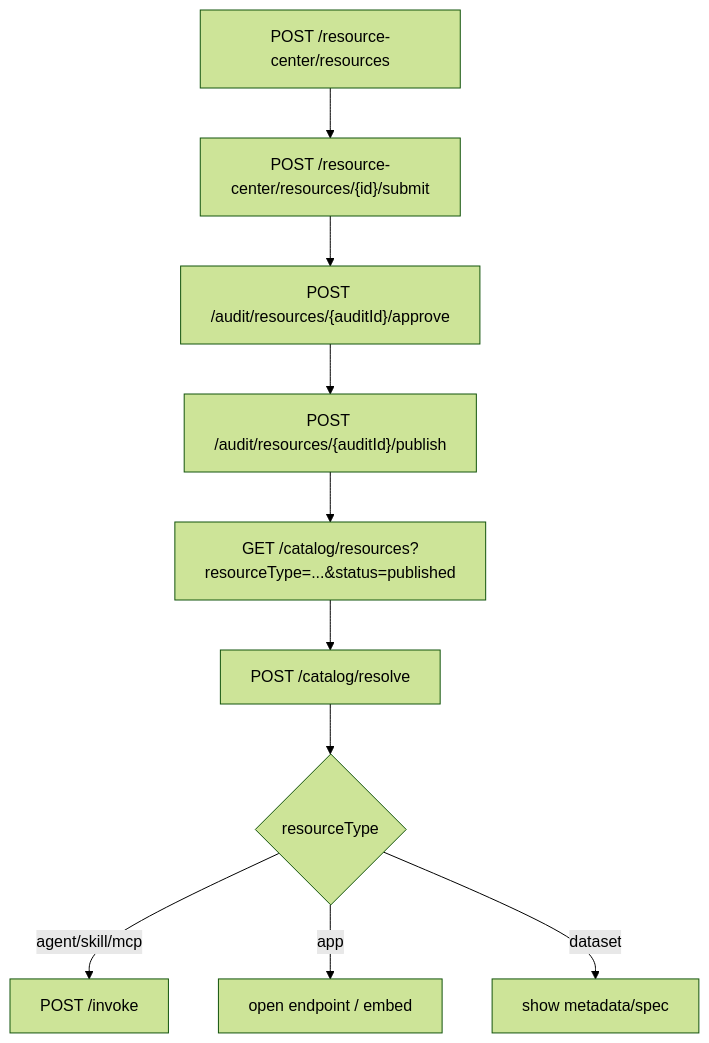
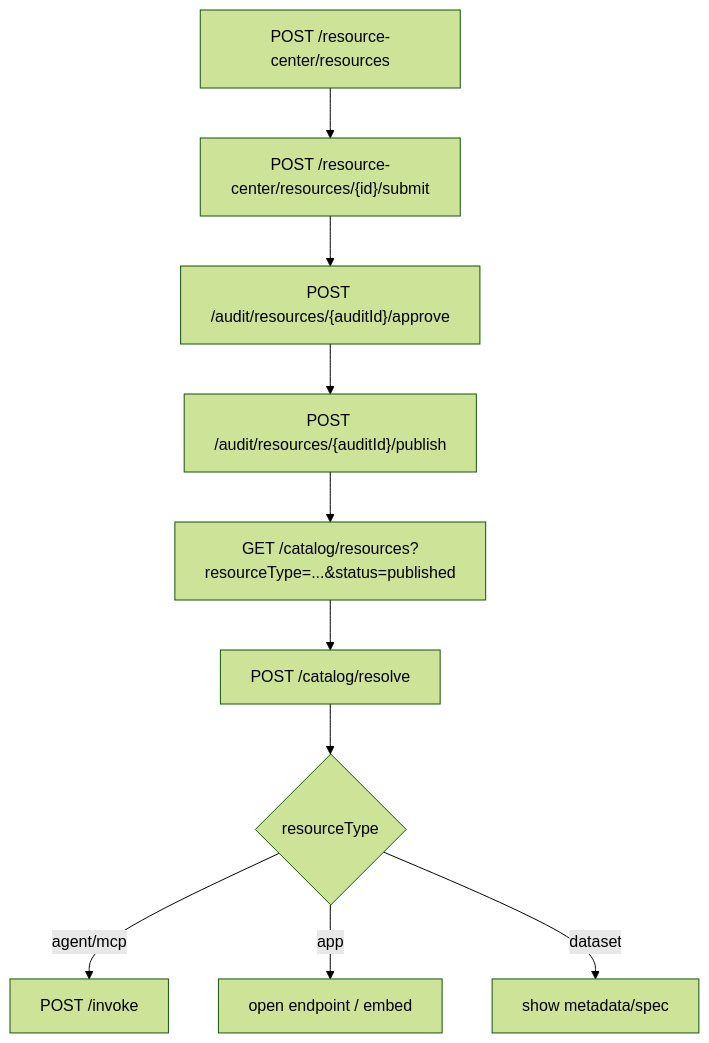
The third of 3 diagrams in docs/resource-registration-authorization-invocation-guide.md (WangDiGua/LantuConnect-Backend), drawn with Mermaid (forest theme) before and after one commit. The commit also changed other lines of this file and 79 other files, not shown here.

````diff
--- a/docs/resource-registration-authorization-invocation-guide.md
+++ b/docs/resource-registration-authorization-invocation-guide.md
@@ -288,12 +289,12 @@
 ```mermaid
 flowchart TD
     createRes["POST /resource-center/resources"] --> submitAudit["POST /resource-center/resources/{id}/submit"]
     submitAudit --> adminApprove["POST /audit/resources/{auditId}/approve"]
     adminApprove --> adminPublish["POST /audit/resources/{auditId}/publish"]
     adminPublish --> catalogList["GET /catalog/resources?resourceType=...&status=published"]
     catalogList --> resolveRes["POST /catalog/resolve"]
     resolveRes --> useByType{"resourceType"}
-    useByType -->|agent/skill/mcp| invokeCall["POST /invoke"]
+    useByType -->|agent/mcp| invokeCall["POST /invoke"]
     useByType -->|app| openUrl["open endpoint / embed"]
     useByType -->|dataset| showMeta["show metadata/spec"]
 ```
````
